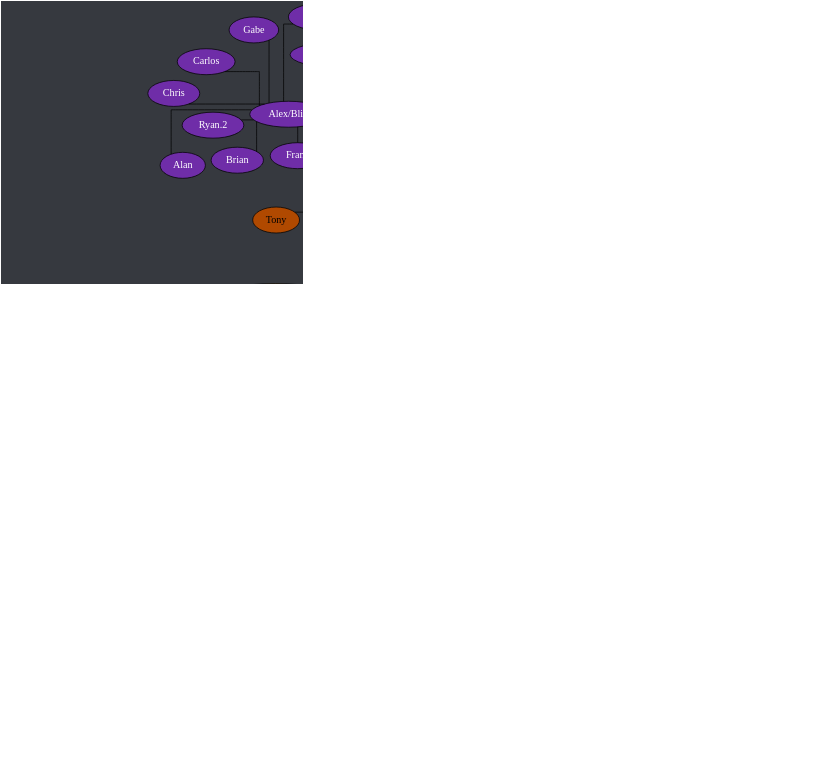
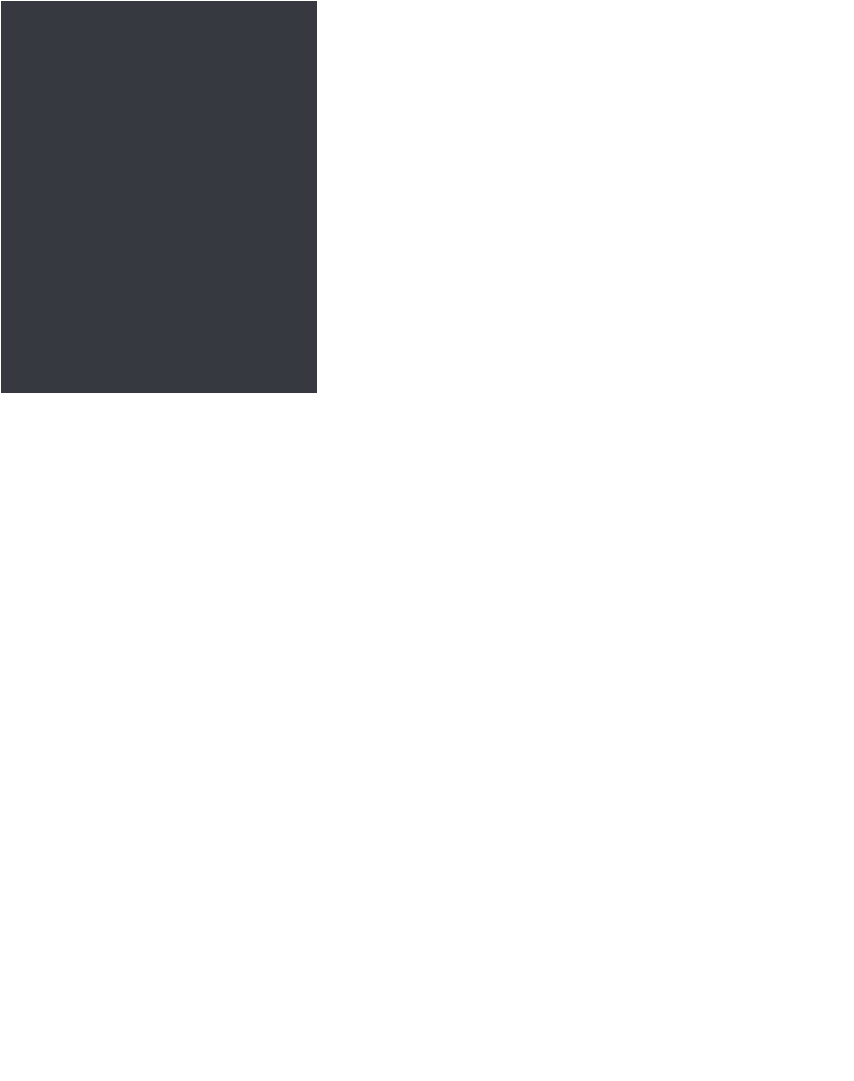
Before and after one commit to Documidas/CoronaCatzFamilyTree: the diagram in tree.dot, drawn with Graphviz. The commit also changed 1 other file, not shown here.

Commit message:
Add GT, Sam.2

```diff
--- a/tree.dot
+++ b/tree.dot
@@ -1,158 +1,160 @@
 strict graph {
 	// Layout Configuration
 	layout = neato;
 	dpi = 200;
 	epsilon = 0.01;
 	mode = major;
 	model = subset;
 	overlap = false;
 	splines = ortho;
 	start = rand;
 
 	// Visual Configuration
 	graph [ truecolor=true bgcolor="#36393f" ];
 	node [ style=filled fillcolor="gray" fontcolor="black" ];
 
 	subgraph "Joel" {
 		node [ style=filled fillcolor="firebrick4" fontcolor="white" ];
 		Joel [ style=filled fillcolor="gold" fontcolor="black" ];
 
 		Cayla -- "Ali.2";
 		Cayla -- Jonathan;
 		Cayla -- Kate;
 		Cayla -- Ranger;
 		Joel -- Anders;
 		Joel -- Cayla;
 		Joel -- Conner;
 		Joel -- Jared;
 		Joel -- Kat;
 		Joel -- Patrick;
 		Joel -- Steven;
 		Joel -- Zach;
 	}
 
 	subgraph "Anders" {
 		node [ style=filled fillcolor="green4" fontcolor="white" ];
 		// Anders [ style=filled fillcolor="green4" fontcolor="white" ];
 
 		Anders -- Chiara;
 		Anders -- Cody;
 		Anders -- Daniel;
 		Anders -- "Derek/Yaupon";
 		Anders -- DJ;
 		Anders -- Hahnur;
 		Anders -- Jen;
 		Anders -- Matt;
 		Anders -- Solis;
 		Anders -- Will;
 		Anders -- Wyatt;
 	}
 
 	subgraph "Jared" {
 		node [ style=filled fillcolor="royalblue" fontcolor="black" ];
 		// Jared [ style=filled fillcolor="royalblue" fontcolor="black" ];
 
 		Andrew -- Hannah;
 		Dave -- Everett;
 		Donnie -- Bryan;
 		Donnie -- Troy;
 		Greg -- "Ali.1";
 		Greg -- Andrew;
 		Greg -- Carter;
+		Greg -- GT;
 		Hannah -- Logan;
 		Jared -- Brandi;
 		Jared -- Dave;
 		Jared -- Donnie;
 		Jared -- Fabi;
 		Jared -- "Jack.2";
 		Jared -- Tyler;
 		Jared -- Greg;
 		Jared -- Isabelle;
 		Jared -- Mason;
 		Jared -- Mehmet;
 		Jared -- Nam;
 		Jared -- Spencer;
 		Jared -- "Zach/Laniakea";
 		Jared -- "Zöe";
 		Logan -- Raana;
 		Troy -- Drake;
 		Tyler -- Gaby;
 	}
 
 	subgraph "Zach/Laniakea" {
 		node [ style=filled fillcolor="#4eff2c" fontcolor="black" ];
 		// "Zach/Laniakea" [ style=filled fillcolor="#4eff2c" fontcolor="black" ];
 
 		"Caio.2" -- "Kyle.1";
 		"Caio.2" -- Lucas;
 		"Zach/Laniakea" -- Allen;
 		"Zach/Laniakea" -- "Caio.2";
 		"Zach/Laniakea" -- Colin;
 		"Zach/Laniakea" -- John;
 		"Zach/Laniakea" -- Kevin;
 		"Zach/Laniakea" -- "Kyle.0";
 		"Zach/Laniakea" -- Mike;
 		"Zach/Laniakea" -- "Ryan.1";
 	}
 
 	subgraph "John" {
 		node [ style=filled fillcolor="#c89b3c" fontcolor="black" ];
 		// John [ style=filled fillcolor="#c89b3c" fontcolor="black" ];
 
 		Haber -- "Derek/Nomad";
 		John -- Anna;
 		John -- Emily;
 		John -- Haber;
 		John -- Jay;
 		John -- Jack;
 		John -- Lara;
 		John -- Monarch;
 		John -- "Oliger/Leanza";
 		John -- Thomas;
 	}
 
 	subgraph "John-stream" {
 		// node [ style=filled fillcolor="#9147ff" fontcolor="black" ];
 		node [ style=filled fillcolor="#c89b3c" fontcolor="black" ];
 
 		John -- "Michael/Wheezy";
 	}
 
 	subgraph "Thomas" {
 		node [ style=filled fillcolor="#b04900" fontcolor="black" ];
 		// Thomas [ style=filled fillcolor="#b04900" fontcolor="black" ];
 
 		Thomas -- Alex;
 		Thomas -- JD;
 		Thomas -- Josh;
 		Thomas -- Juan;
 		Thomas -- Taylor;
 		Thomas -- Tony;
 		Thomas -- Travis;
 	}
 
 	subgraph "Alex" {
 		node [ style=filled fillcolor="#6f2da8" fontcolor="white" ];
 		// Alex [ style=filled fillcolor="#6f2da8" fontcolor="black" ];
 
 		Alex -- "Alex/Blitt";
 		Alex -- "Da'Von";
 		Alex -- Sam;
 		"Alex/Blitt" -- Alan;
 		"Alex/Blitt" -- "Alex the 3rd";
 		"Alex/Blitt" -- Brian;
 		"Alex/Blitt" -- Carlos;
 		"Alex/Blitt" -- Chris;
 		"Alex/Blitt" -- Frank;
 		"Alex/Blitt" -- Gabe;
 		"Alex/Blitt" -- "Kyle.3";
 		"Alex/Blitt" -- "Ryan.2";
+		"Alex/Blitt" -- "Sam.2";
 		"Da'Von" -- Dalton;
 		"Da'Von" -- Kuri;
 		"Da'Von" -- Zellar;
 		Dalton -- Graysen;
 		Kuri -- Drew;
 		Kuri -- Jon;
 		Kuri -- Karma;
 	}
 }
```
